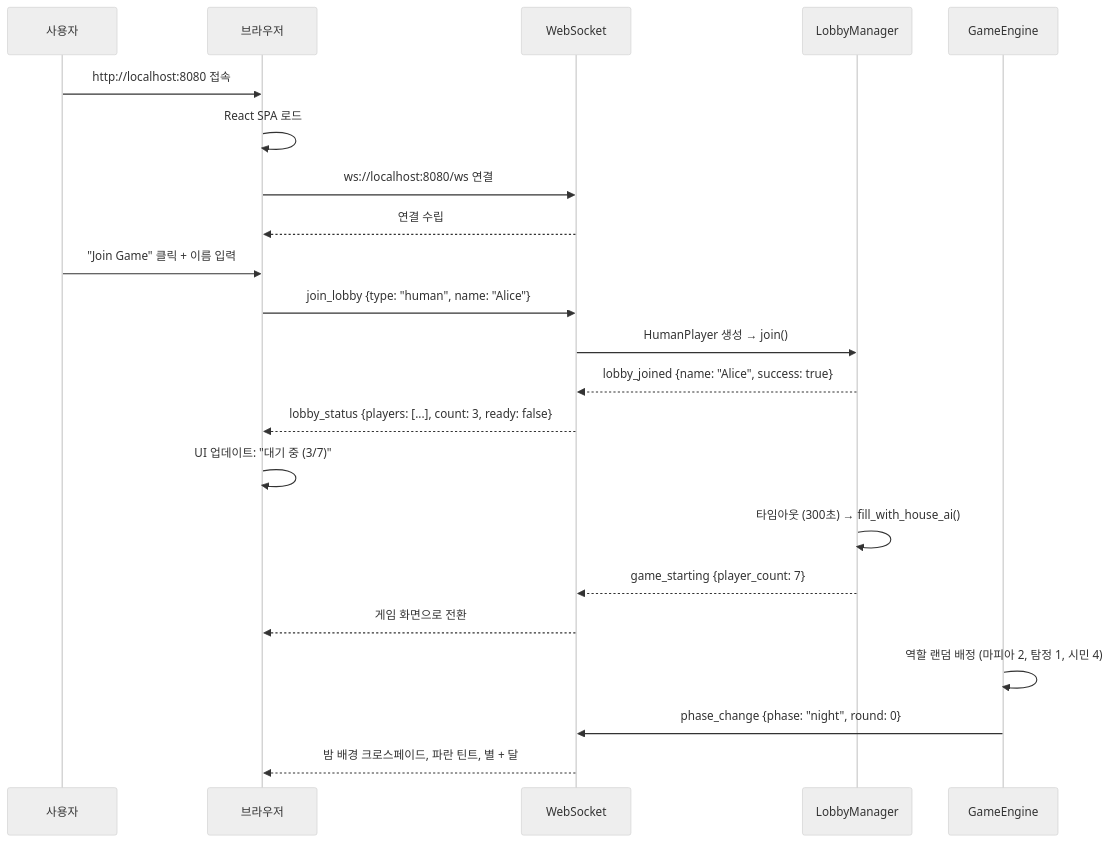
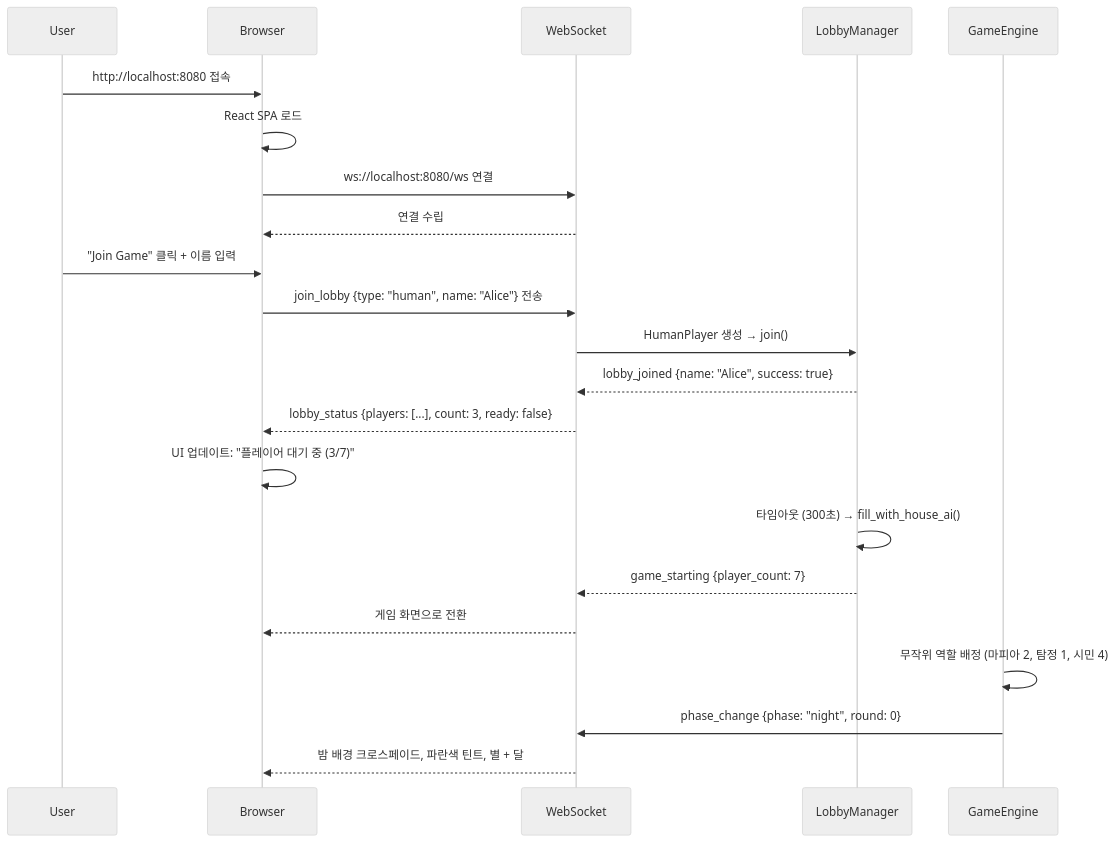
Before and after one commit to 0xarkstar/mafi-AI: the third of 6 diagrams in docs/USERFLOW.ko.md, drawn with Mermaid (neutral theme). The commit also changed other lines of this file and 16 other files, not shown here.

````diff
--- a/docs/USERFLOW.ko.md
+++ b/docs/USERFLOW.ko.md
@@ -198,28 +264,28 @@
 ```mermaid
 sequenceDiagram
-    participant 사용자
-    participant 브라우저
+    participant User
+    participant Browser
     participant WebSocket
     participant LobbyManager
     participant GameEngine
 
-    사용자->>브라우저: http://localhost:8080 접속
-    브라우저->>브라우저: React SPA 로드
-    브라우저->>WebSocket: ws://localhost:8080/ws 연결
-    WebSocket-->>브라우저: 연결 수립
+    User->>Browser: http://localhost:8080 접속
+    Browser->>Browser: React SPA 로드
+    Browser->>WebSocket: ws://localhost:8080/ws 연결
+    WebSocket-->>Browser: 연결 수립
 
-    사용자->>브라우저: "Join Game" 클릭 + 이름 입력
-    브라우저->>WebSocket: join_lobby {type: "human", name: "Alice"}
+    User->>Browser: "Join Game" 클릭 + 이름 입력
+    Browser->>WebSocket: join_lobby {type: "human", name: "Alice"} 전송
     WebSocket->>LobbyManager: HumanPlayer 생성 → join()
     LobbyManager-->>WebSocket: lobby_joined {name: "Alice", success: true}
-    WebSocket-->>브라우저: lobby_status {players: [...], count: 3, ready: false}
-    브라우저->>브라우저: UI 업데이트: "대기 중 (3/7)"
+    WebSocket-->>Browser: lobby_status {players: [...], count: 3, ready: false}
+    Browser->>Browser: UI 업데이트: "플레이어 대기 중 (3/7)"
 
     LobbyManager->>LobbyManager: 타임아웃 (300초) → fill_with_house_ai()
     LobbyManager-->>WebSocket: game_starting {player_count: 7}
-    WebSocket-->>브라우저: 게임 화면으로 전환
+    WebSocket-->>Browser: 게임 화면으로 전환
 
-    GameEngine->>GameEngine: 역할 랜덤 배정 (마피아 2, 탐정 1, 시민 4)
+    GameEngine->>GameEngine: 무작위 역할 배정 (마피아 2, 탐정 1, 시민 4)
     GameEngine->>WebSocket: phase_change {phase: "night", round: 0}
-    WebSocket-->>브라우저: 밤 배경 크로스페이드, 파란 틴트, 별 + 달
+    WebSocket-->>Browser: 밤 배경 크로스페이드, 파란색 틴트, 별 + 달
 ```
````
